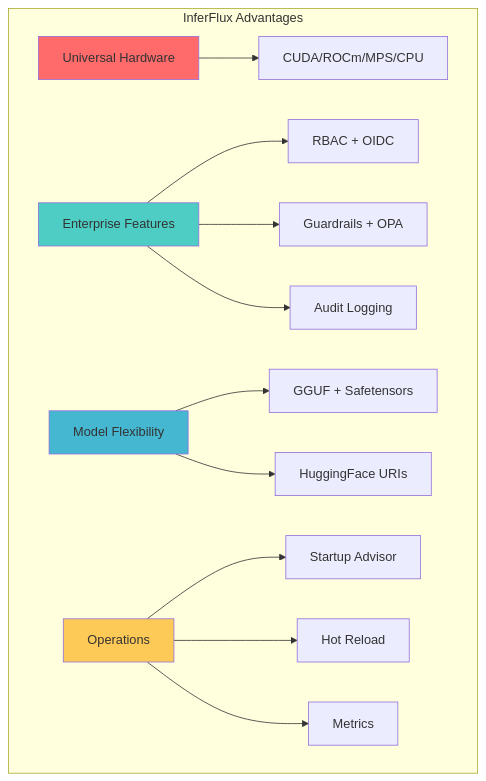
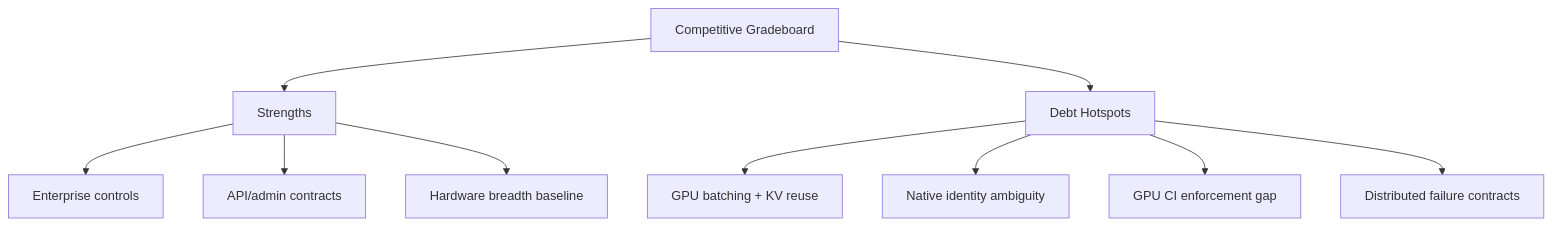
One commit to vjsingh1984/inferflux changed the diagram in docs/TechDebt_and_Competitive_Roadmap.md. Above: the diagram before and after it, drawn with Mermaid. The commit also changed other lines of this file and 161 other files, not shown here.

Commit message:
Land native GGUF CUDA scaffolding and docs consolidation

````diff
--- a/docs/TechDebt_and_Competitive_Roadmap.md
+++ b/docs/TechDebt_and_Competitive_Roadmap.md
@@ -113,19 +8,12 @@
 ```mermaid
-graph TB
-    subgraph "InferFlux Advantages"
-        A[Universal Hardware] --> A1[CUDA/ROCm/MPS/CPU]
-        B[Enterprise Features] --> B1[RBAC + OIDC]
-        B --> B2[Guardrails + OPA]
-        B --> B3[Audit Logging]
-        C[Model Flexibility] --> C1[GGUF + Safetensors]
-        C --> C2[HuggingFace URIs]
-        D[Operations] --> D1[Startup Advisor]
-        D --> D2[Hot Reload]
-        D --> D3[Metrics]
-    end
-
-    style A fill:#ff6b6b
-    style B fill:#4ecdc4
-    style C fill:#45b7d1
-    style D fill:#feca57
+flowchart TB
+    A[Competitive Gradeboard] --> B[Strengths]
+    A --> C[Debt Hotspots]
+    B --> B1[Enterprise controls]
+    B --> B2[API/admin contracts]
+    B --> B3[Hardware breadth baseline]
+    C --> C1[GPU batching + KV reuse]
+    C --> C2[Native identity ambiguity]
+    C --> C3[GPU CI enforcement gap]
+    C --> C4[Distributed failure contracts]
 ```
````
